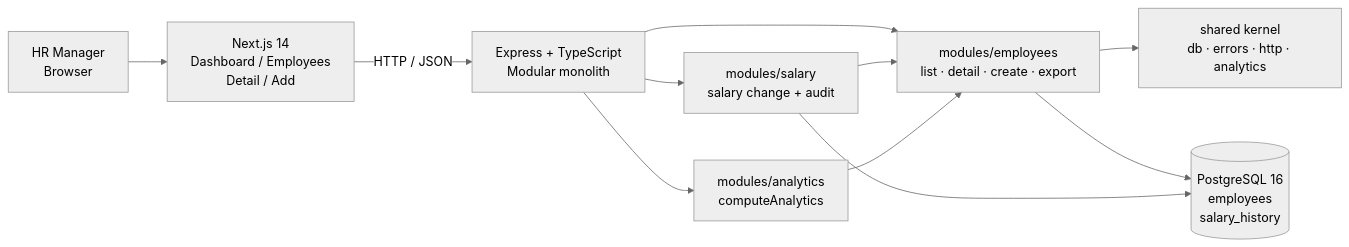
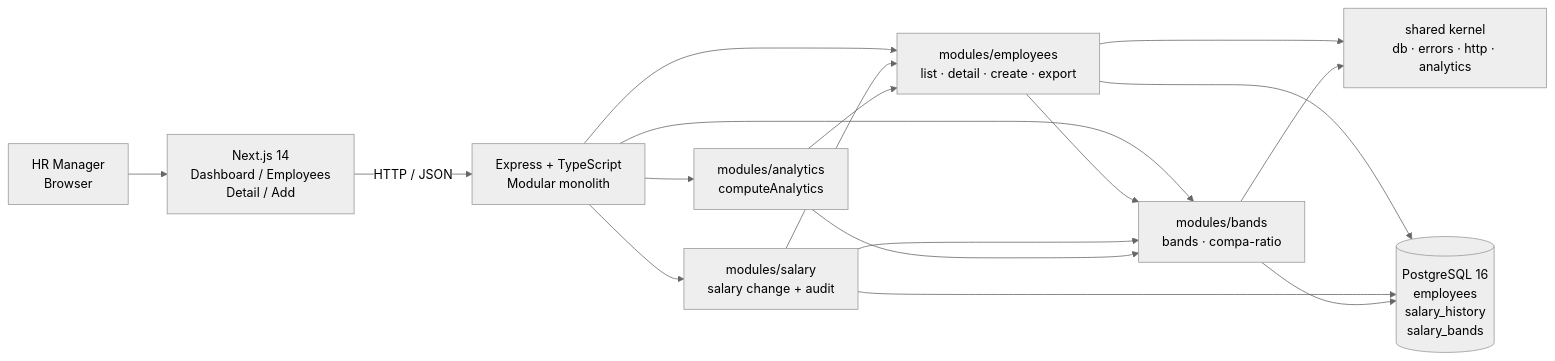
The diagram in docs/ARCHITECTURE.md (thezaidsheikh/acme-salary-management), drawn with Mermaid (neutral theme) before and after one commit. The commit also changed other lines of this file and 8 other files, not shown here.

````diff
--- a/docs/ARCHITECTURE.md
+++ b/docs/ARCHITECTURE.md
@@ -17,13 +17,19 @@
 ```mermaid
 flowchart LR
     HR[HR Manager<br/>Browser] --> FE[Next.js 14<br/>Dashboard / Employees<br/>Detail / Add]
     FE -->|HTTP / JSON| API[Express + TypeScript<br/>Modular monolith]
     API --> EMP[modules/employees<br/>list · detail · create · export]
     API --> SAL[modules/salary<br/>salary change + audit]
     API --> ANA[modules/analytics<br/>computeAnalytics]
+    API --> BAN[modules/bands<br/>bands · compa-ratio]
+    EMP --> BAN
+    SAL --> BAN
+    ANA --> BAN
     EMP --> SH[shared kernel<br/>db · errors · http · analytics]
     SAL --> EMP
     ANA --> EMP
-    EMP --> DB[(PostgreSQL 16<br/>employees<br/>salary_history)]
+    BAN --> SH
+    EMP --> DB[(PostgreSQL 16<br/>employees<br/>salary_history<br/>salary_bands)]
     SAL --> DB
+    BAN --> DB
 ```
````
